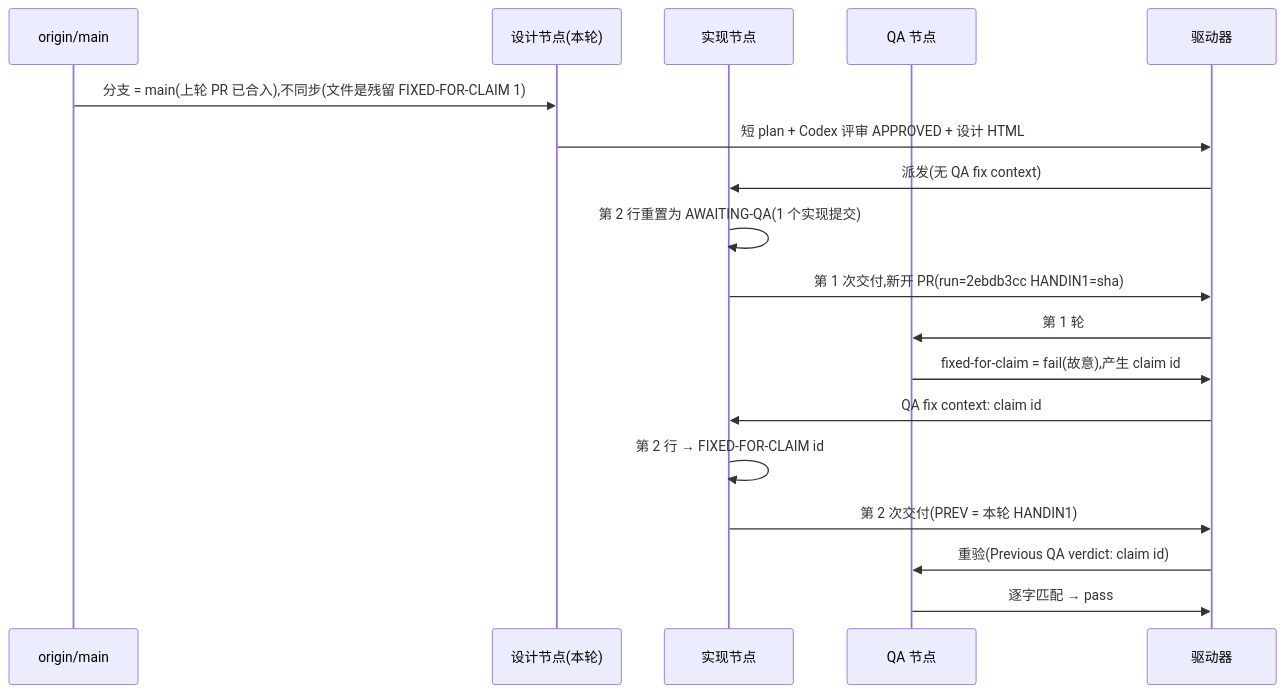
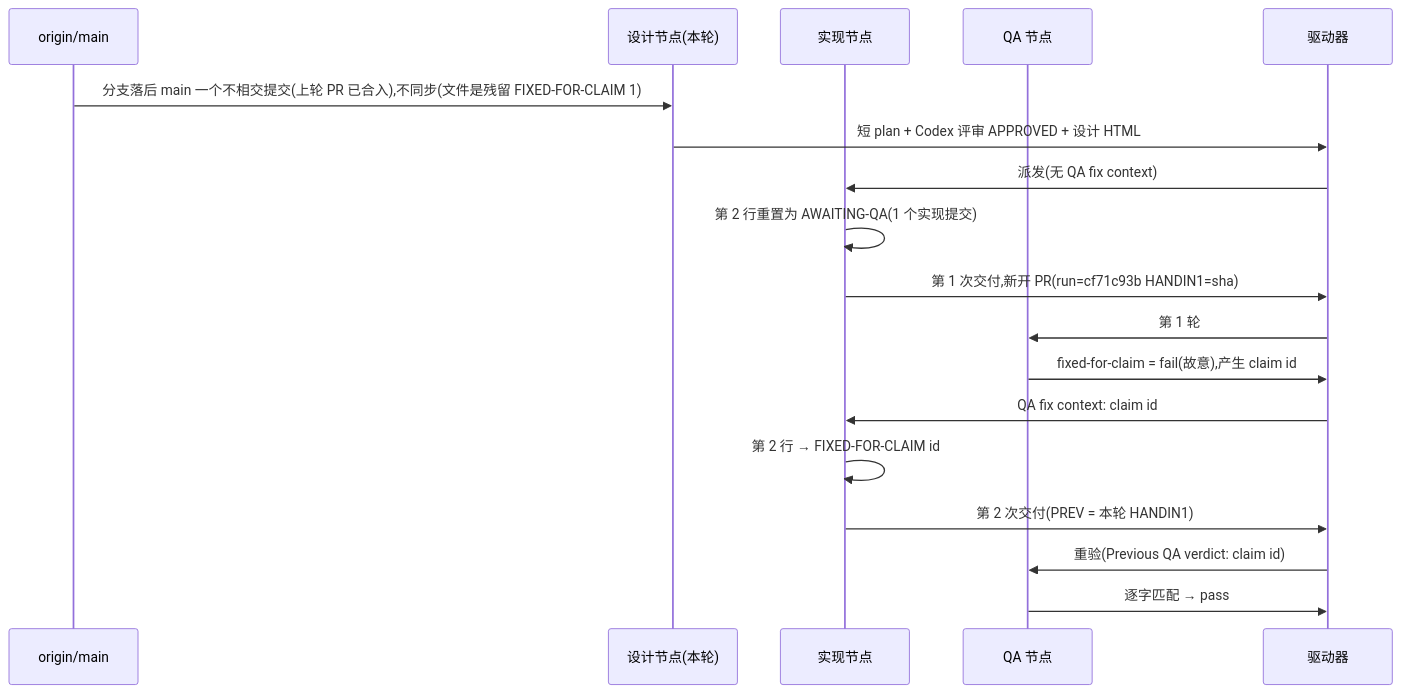
One commit to xrliAnnie/flywheel-qa-sandbox changed the diagram in engineering/doc/FLY-3150-real-runner-drill/d1-core-flow.mmd. Above: the diagram before and after it, drawn with Mermaid. The commit also changed 4 other files, not shown here.

```diff
--- a/engineering/doc/FLY-3150-real-runner-drill/d1-core-flow.mmd
+++ b/engineering/doc/FLY-3150-real-runner-drill/d1-core-flow.mmd
@@ -1,18 +1,18 @@
 sequenceDiagram
     participant M as origin/main
     participant S as 设计节点(本轮)
     participant I as 实现节点
     participant Q as QA 节点
     participant D as 驱动器
-    M->>S: 分支 = main(上轮 PR 已合入),不同步(文件是残留 FIXED-FOR-CLAIM 1)
+    M->>S: 分支落后 main 一个不相交提交(上轮 PR 已合入),不同步(文件是残留 FIXED-FOR-CLAIM 1)
     S->>D: 短 plan + Codex 评审 APPROVED + 设计 HTML
     D->>I: 派发(无 QA fix context)
     I->>I: 第 2 行重置为 AWAITING-QA(1 个实现提交)
-    I->>D: 第 1 次交付,新开 PR(run=2ebdb3cc HANDIN1=sha)
+    I->>D: 第 1 次交付,新开 PR(run=cf71c93b HANDIN1=sha)
     D->>Q: 第 1 轮
     Q->>D: fixed-for-claim = fail(故意),产生 claim id
     D->>I: QA fix context: claim id
     I->>I: 第 2 行 → FIXED-FOR-CLAIM id
     I->>D: 第 2 次交付(PREV = 本轮 HANDIN1)
     D->>Q: 重验(Previous QA verdict: claim id)
     Q->>D: 逐字匹配 → pass
```
